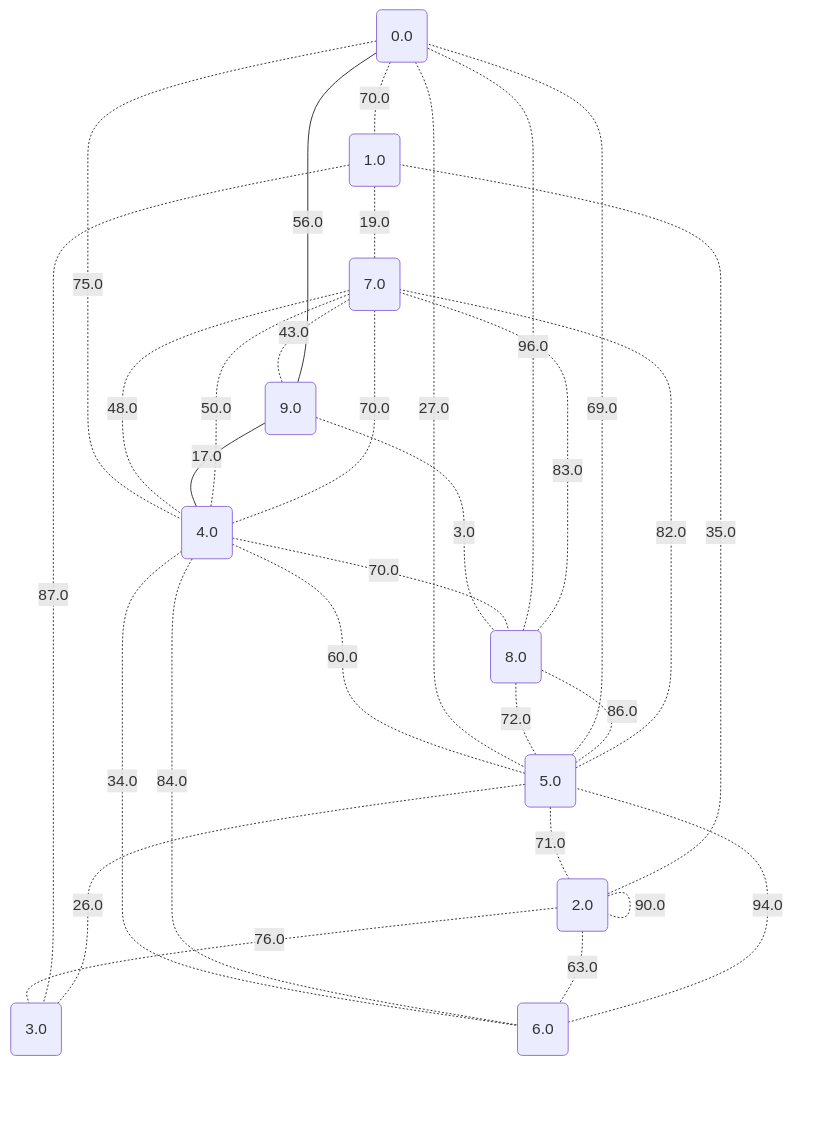
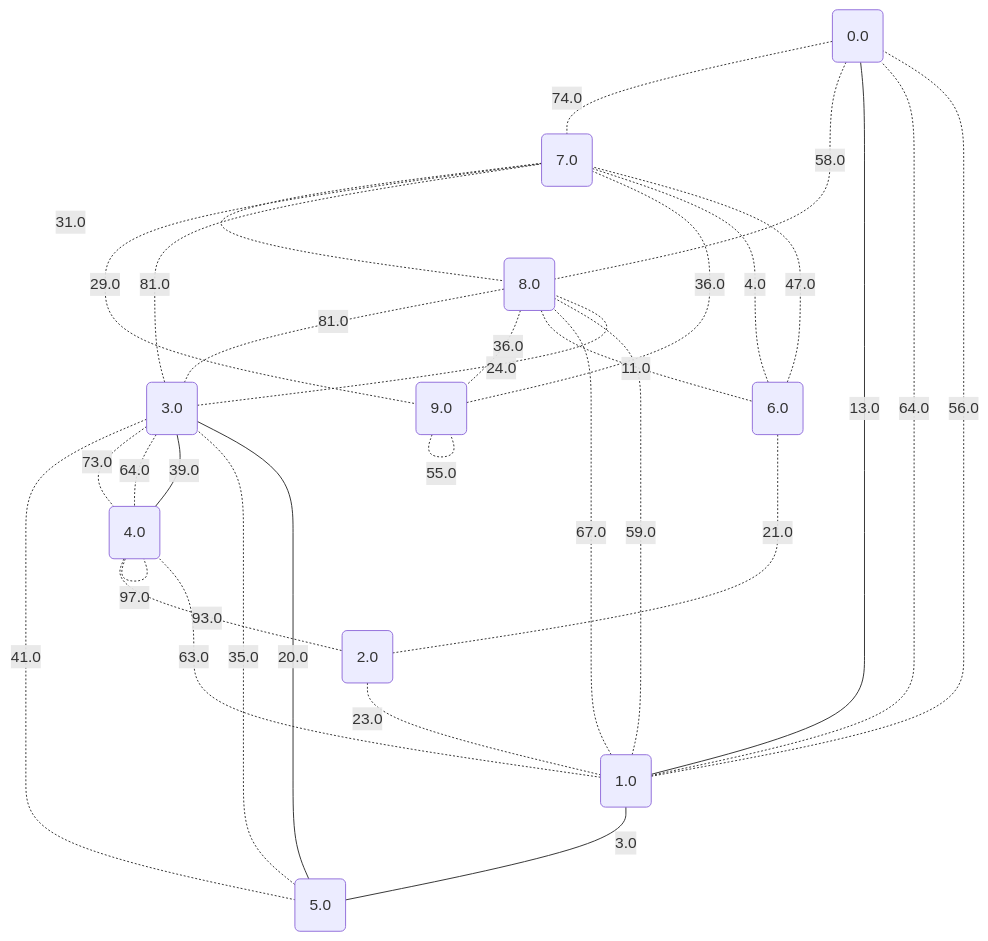
One commit to metury/graphs changed the sixth of 11 diagrams in project/src/testing/showcase/dijkstra.md. Above: the diagram before and after it, drawn with Mermaid. The commit also changed other lines of this file and 33 other files, not shown here.

````diff
--- a/project/src/testing/showcase/dijkstra.md
+++ b/project/src/testing/showcase/dijkstra.md
@@ -237,43 +237,43 @@
 ```mermaid
 graph TD;
 	0("0.0");
 	1("1.0");
 	2("2.0");
 	3("3.0");
 	4("4.0");
 	5("5.0");
 	6("6.0");
 	7("7.0");
 	8("8.0");
 	9("9.0");
-	6 -. "94.0" -.- 5;
-	4 -. "34.0" -.- 6;
-	2 -. "76.0" -.- 3;
-	4 -. "84.0" -.- 6;
-	4 -. "50.0" -.- 7;
-	7 -. "43.0" -.- 9;
-	4 -. "60.0" -.- 5;
-	0 -. "70.0" -.- 1;
-	0 -. "75.0" -.- 4;
-	5 -. "71.0" -.- 2;
-	2 -. "25.0" -.- 2;
-	1 -. "87.0" -.- 3;
-	2 -. "35.0" -.- 1;
-	9 -. "3.0" -.- 8;
-	8 -. "96.0" -.- 0;
-	4 -. "70.0" -.- 7;
-	2 -. "63.0" -.- 6;
-	8 -. "83.0" -.- 7;
-	5 -. "26.0" -.- 3;
-	7 -. "48.0" -.- 4;
-	1 -. "19.0" -.- 7;
-	0 -. "27.0" -.- 5;
-	8 -. "72.0" -.- 5;
-	9 -- "56.0" --- 0;
-	5 -. "69.0" -.- 0;
-	9 -- "17.0" --- 4;
-	4 -. "70.0" -.- 8;
-	2 -. "90.0" -.- 2;
-	5 -. "86.0" -.- 8;
-	5 -. "82.0" -.- 7;
+	9 -. "55.0" -.- 9;
+	8 -. "81.0" -.- 3;
+	3 -. "81.0" -.- 7;
+	1 -- "3.0" --- 5;
+	1 -- "13.0" --- 0;
+	3 -. "41.0" -.- 5;
+	0 -. "74.0" -.- 7;
+	5 -. "35.0" -.- 3;
+	3 -. "73.0" -.- 4;
+	3 -. "64.0" -.- 4;
+	7 -. "31.0" -.- 8;
+	7 -. "29.0" -.- 9;
+	6 -. "4.0" -.- 7;
+	8 -. "36.0" -.- 9;
+	3 -- "39.0" --- 4;
+	6 -. "21.0" -.- 2;
+	9 -. "36.0" -.- 7;
+	2 -. "23.0" -.- 1;
+	3 -. "24.0" -.- 8;
+	4 -. "97.0" -.- 4;
+	1 -. "63.0" -.- 4;
+	1 -. "64.0" -.- 0;
+	4 -. "93.0" -.- 2;
+	1 -. "56.0" -.- 0;
+	0 -. "58.0" -.- 8;
+	8 -. "11.0" -.- 6;
+	1 -. "59.0" -.- 8;
+	5 -- "20.0" --- 3;
+	6 -. "47.0" -.- 7;
+	8 -. "67.0" -.- 1;
 ```
````
